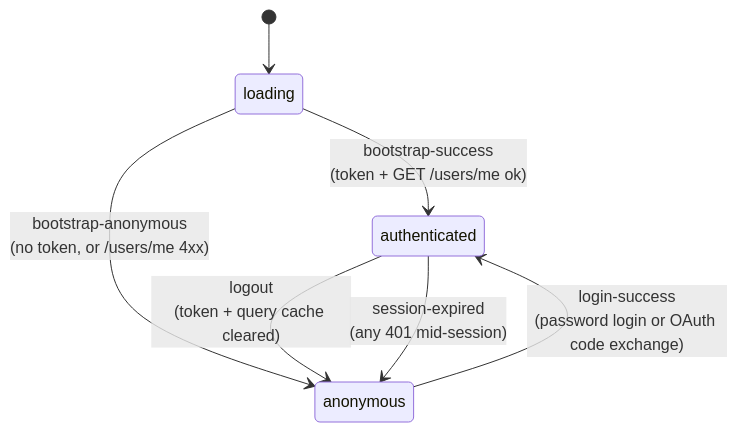
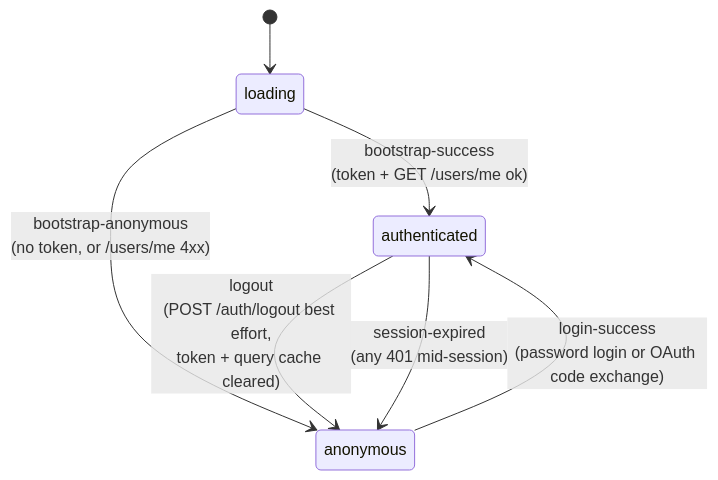
The third of 7 diagrams in docs/diagrams/auth.md (kidp8479/42_hypertube), drawn with Mermaid before and after one commit. The commit also changed other lines of this file and 1 other file, not shown here.

First line of the commit message:
docs(HYP-35): add logout to the auth diagram page

````diff
--- a/docs/diagrams/auth.md
+++ b/docs/diagrams/auth.md
@@ -73,9 +77,9 @@
 ```mermaid
 stateDiagram-v2
     [*] --> loading
     loading --> authenticated: bootstrap-success<br/>(token + GET /users/me ok)
     loading --> anonymous: bootstrap-anonymous<br/>(no token, or /users/me 4xx)
     anonymous --> authenticated: login-success<br/>(password login or OAuth code exchange)
-    authenticated --> anonymous: logout<br/>(token + query cache cleared)
+    authenticated --> anonymous: logout<br/>(POST /auth/logout best effort,<br/>token + query cache cleared)
     authenticated --> anonymous: session-expired<br/>(any 401 mid-session)
 ```
````
